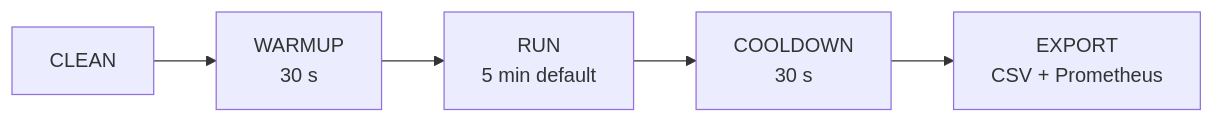
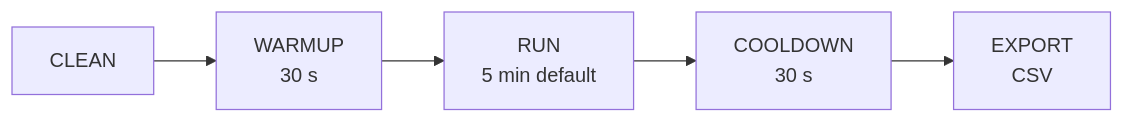
Before and after one commit to JohanCifuentes03/data-ingestion-strategies: the diagram in docs/experiment_protocol.md, drawn with Mermaid. The commit also changed other lines of this file and 21 other files, not shown here.

````diff
--- a/docs/experiment_protocol.md
+++ b/docs/experiment_protocol.md
@@ -43,7 +43,7 @@
 ```mermaid
 graph LR
     A[CLEAN] --> B[WARMUP<br/>30 s]
     B --> C[RUN<br/>5 min default]
     C --> D[COOLDOWN<br/>30 s]
-    D --> E[EXPORT<br/>CSV + Prometheus]
+    D --> E[EXPORT<br/>CSV]
 ```
````
